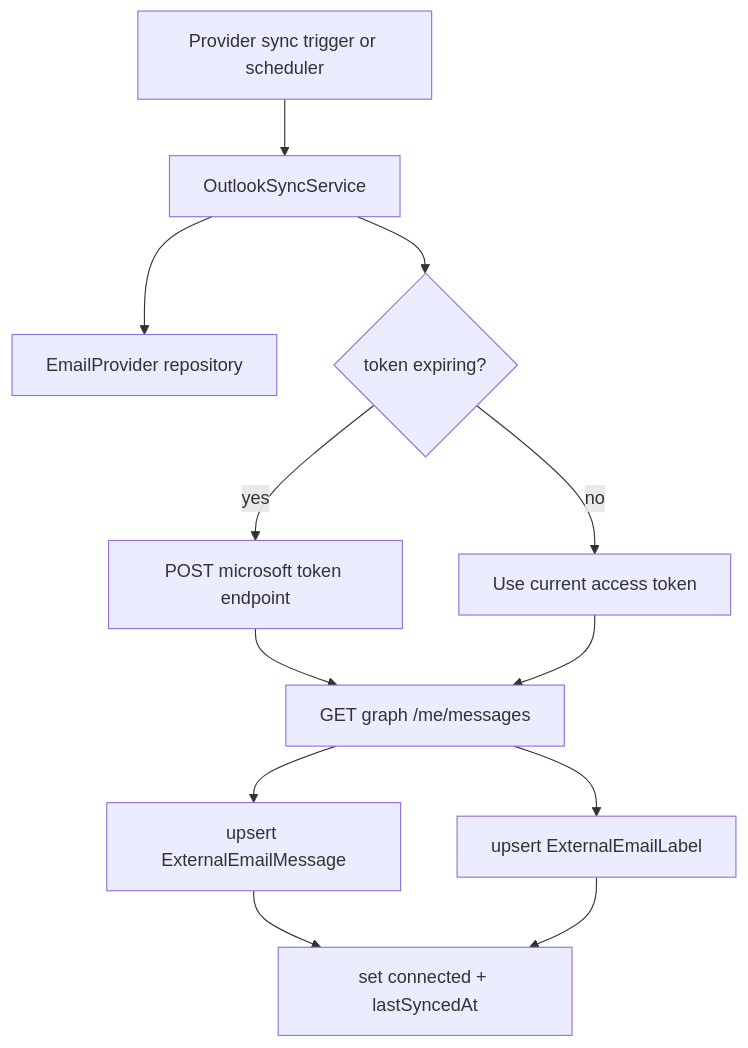
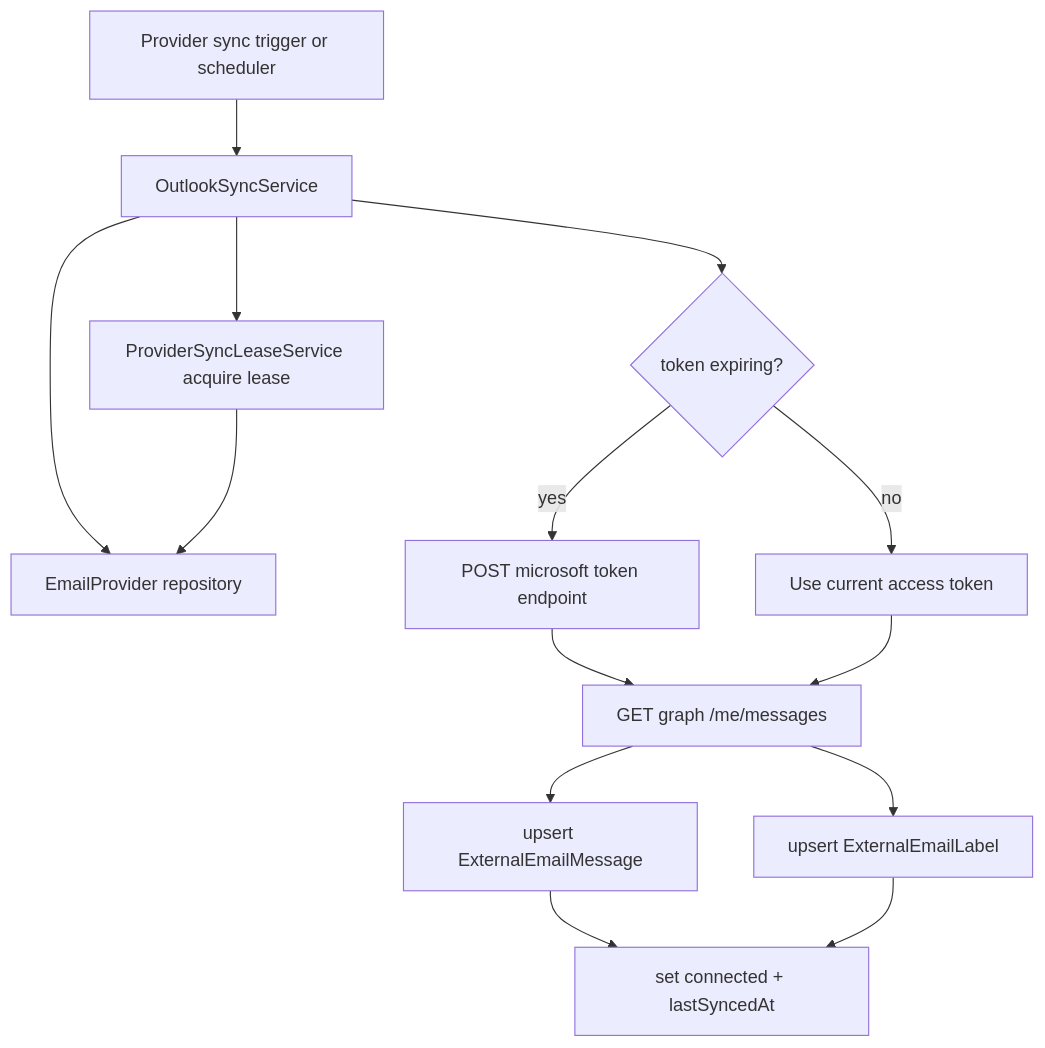
One commit to AmanVatsSharma/MailZen-Smart-Email-Management changed the diagram in apps/backend/src/outlook-sync/README.md. Above: the diagram before and after it, drawn with Mermaid. The commit also changed other lines of this file and 20 other files, not shown here.

Commit message:
Add provider sync lease locks and scheduler retry hardening

````diff
--- a/apps/backend/src/outlook-sync/README.md
+++ b/apps/backend/src/outlook-sync/README.md
@@ -28,14 +37,16 @@
 ```mermaid
 flowchart TD
   UI[Provider sync trigger or scheduler] --> Service[OutlookSyncService]
   Service --> ProviderRepo[EmailProvider repository]
   Service --> TokenCheck{token expiring?}
   TokenCheck -->|yes| RefreshToken[POST microsoft token endpoint]
   TokenCheck -->|no| UseToken[Use current access token]
+  Service --> Lease[ProviderSyncLeaseService acquire lease]
+  Lease --> ProviderRepo
   RefreshToken --> GraphList[GET graph /me/messages]
   UseToken --> GraphList
   GraphList --> UpsertMessages[upsert ExternalEmailMessage]
   GraphList --> UpsertLabels[upsert ExternalEmailLabel]
   UpsertMessages --> ProviderStatus[set connected + lastSyncedAt]
   UpsertLabels --> ProviderStatus
 ```
````
